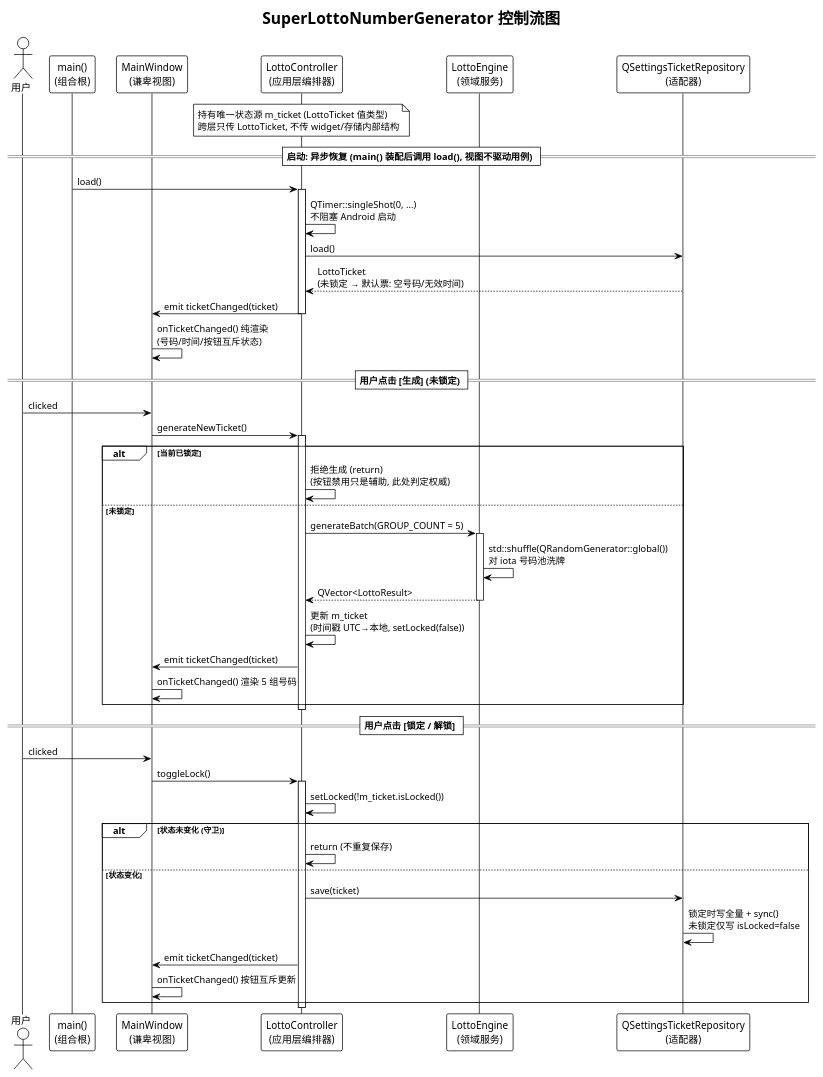
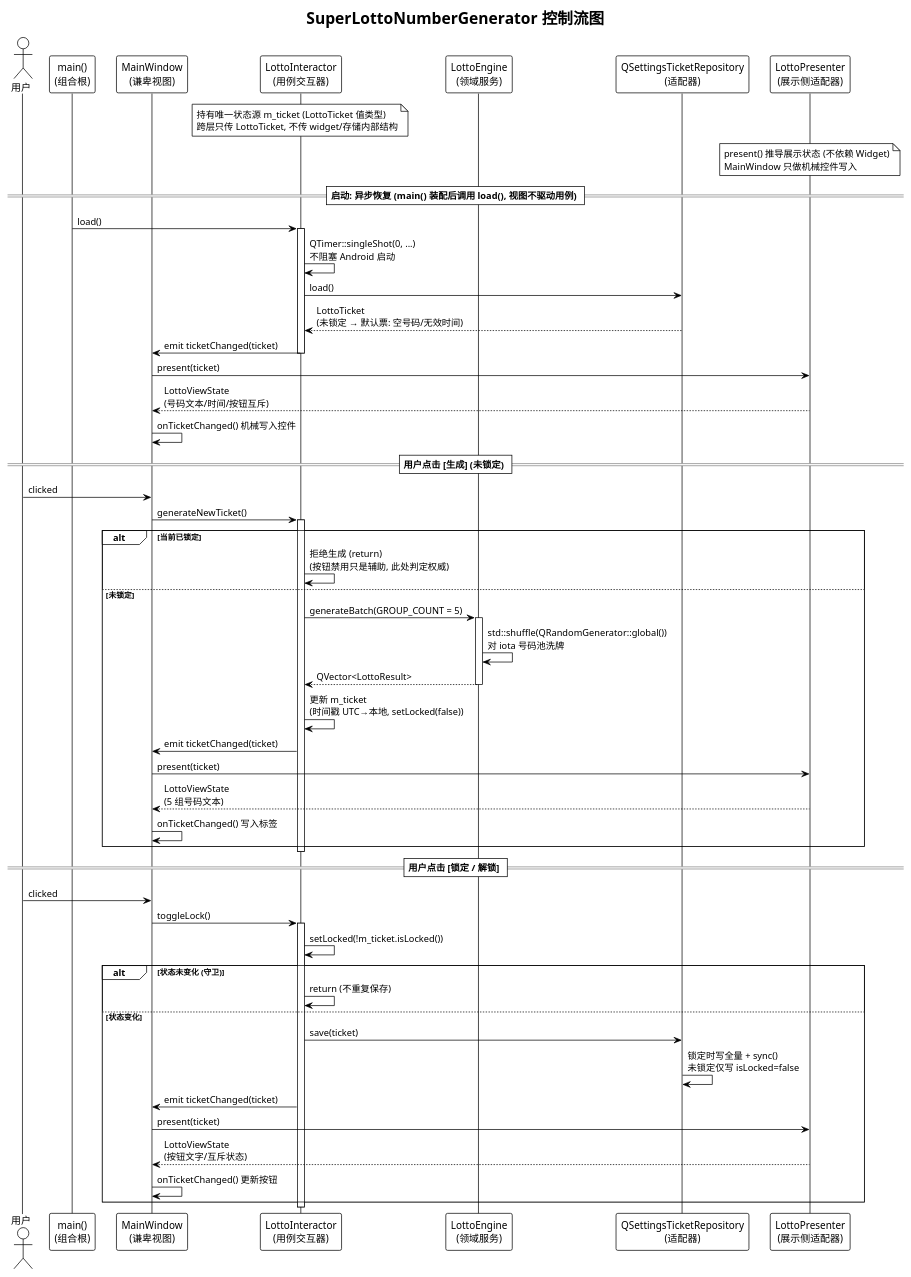
One commit to weiiiyan/SuperLottoNumberGenerator changed the diagram in doc/control-flow.puml. Above: the diagram before and after it, drawn with PlantUML. The commit also changed 15 other files, not shown here.

First line of the commit message:
用例交互器 LottoController 更名为 LottoInteractor

```diff
--- a/doc/control-flow.puml
+++ b/doc/control-flow.puml
@@ -1,63 +1,71 @@
 @startuml control-flow
 !theme plain
 ' 控制流图: 启动恢复 / 生成号码 / 锁定切换
 ' 渲染: 可用 VS Code PlantUML 插件, 或上传 kroki.io / plantuml.com 在线渲染
 
 title SuperLottoNumberGenerator 控制流图
 
 actor 用户 as U
 participant "main()\n(组合根)" as Main
 participant "MainWindow\n(谦卑视图)" as MW
-participant "LottoController\n(应用层编排器)" as C
+participant "LottoInteractor\n(用例交互器)" as C
 participant "LottoEngine\n(领域服务)" as E
 participant "QSettingsTicketRepository\n(适配器)" as R
+participant "LottoPresenter\n(展示侧适配器)" as P
 
 note over C : 持有唯一状态源 m_ticket (LottoTicket 值类型)\n跨层只传 LottoTicket, 不传 widget/存储内部结构
+note over P : present() 推导展示状态 (不依赖 Widget)\nMainWindow 只做机械控件写入
 
 == 启动: 异步恢复 (main() 装配后调用 load(), 视图不驱动用例) ==
 
 Main -> C : load()
 activate C
 C -> C : QTimer::singleShot(0, ...)\n不阻塞 Android 启动
 C -> R : load()
 R --> C : LottoTicket\n(未锁定 → 默认票: 空号码/无效时间)
 C -> MW : emit ticketChanged(ticket)
 deactivate C
-MW -> MW : onTicketChanged() 纯渲染\n(号码/时间/按钮互斥状态)
+MW -> P : present(ticket)
+P --> MW : LottoViewState\n(号码文本/时间/按钮互斥)
+MW -> MW : onTicketChanged() 机械写入控件
 
 == 用户点击 [生成] (未锁定) ==
 
 U -> MW : clicked
 MW -> C : generateNewTicket()
 activate C
 alt 当前已锁定
     C -> C : 拒绝生成 (return)\n(按钮禁用只是辅助, 此处判定权威)
 else 未锁定
     C -> E : generateBatch(GROUP_COUNT = 5)
     activate E
     E -> E : std::shuffle(QRandomGenerator::global())\n对 iota 号码池洗牌
     E --> C : QVector<LottoResult>
     deactivate E
     C -> C : 更新 m_ticket\n(时间戳 UTC→本地, setLocked(false))
     C -> MW : emit ticketChanged(ticket)
-    MW -> MW : onTicketChanged() 渲染 5 组号码
+    MW -> P : present(ticket)
+    P --> MW : LottoViewState\n(5 组号码文本)
+    MW -> MW : onTicketChanged() 写入标签
 end
 deactivate C
 
 == 用户点击 [锁定 / 解锁] ==
 
 U -> MW : clicked
 MW -> C : toggleLock()
 activate C
 C -> C : setLocked(!m_ticket.isLocked())
 alt 状态未变化 (守卫)
     C -> C : return (不重复保存)
 else 状态变化
     C -> R : save(ticket)
     R -> R : 锁定时写全量 + sync()\n未锁定仅写 isLocked=false
     C -> MW : emit ticketChanged(ticket)
-    MW -> MW : onTicketChanged() 按钮互斥更新
+    MW -> P : present(ticket)
+    P --> MW : LottoViewState\n(按钮文字/互斥状态)
+    MW -> MW : onTicketChanged() 更新按钮
 end
 deactivate C
 
 @enduml
```
